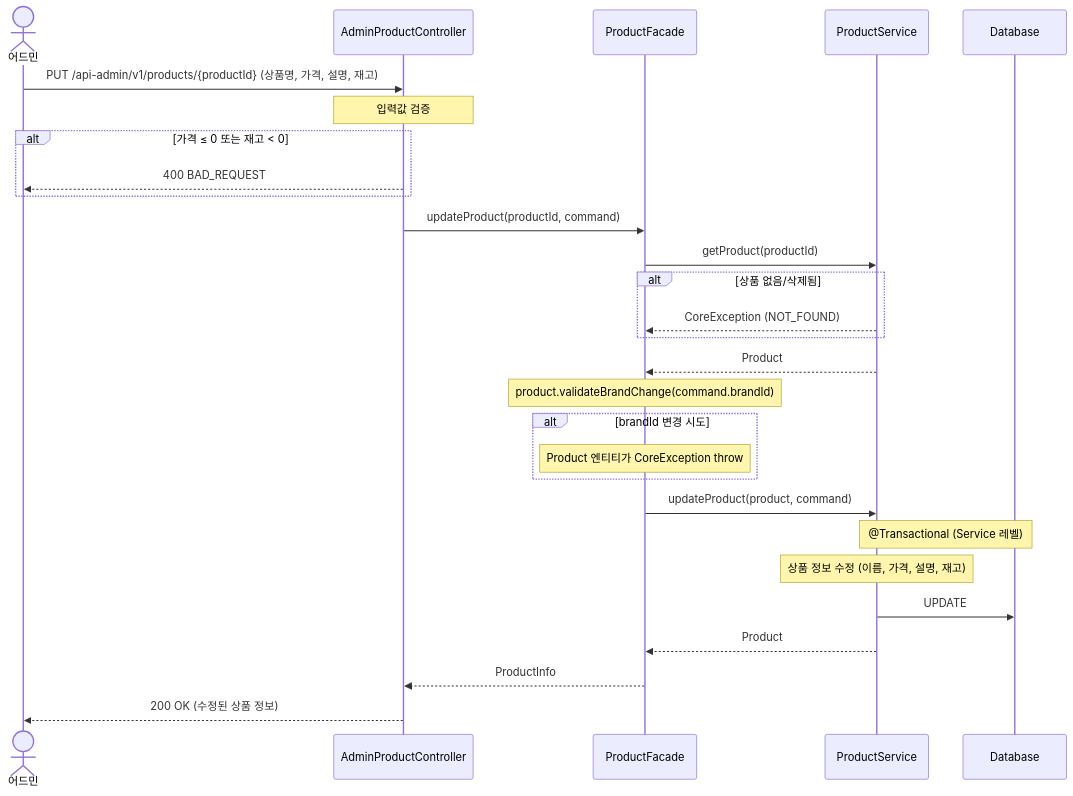
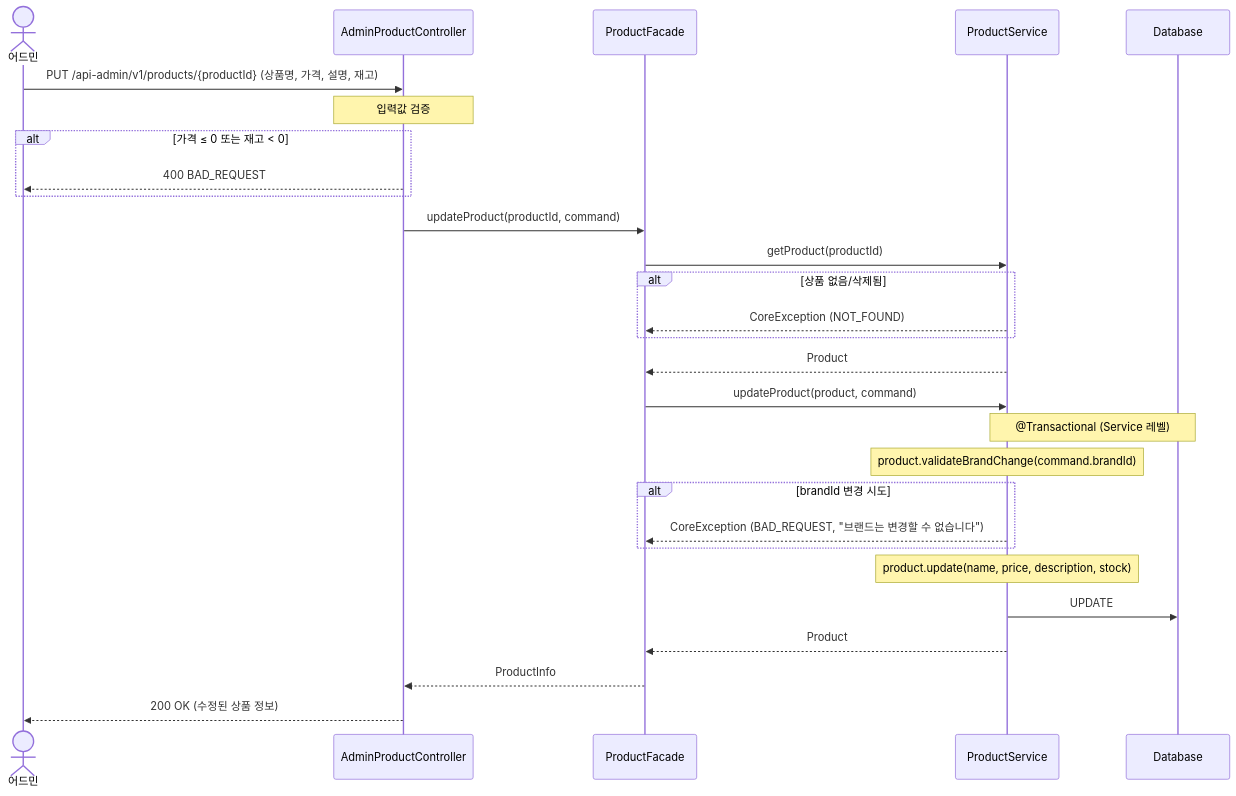
One commit to Loopers-dev-lab/loop-pack-be-l2-vol3-kotlin changed the sixth of 8 diagrams in docs/design/02-sequence-diagrams.md. Above: the diagram before and after it, drawn with Mermaid. The commit also changed other lines of this file, not shown here.

First line of the commit message:
docs: 시퀀스 다이어그램에 도메인 객체 행위 명시

````diff
--- a/docs/design/02-sequence-diagrams.md
+++ b/docs/design/02-sequence-diagrams.md
@@ -261,37 +262,36 @@
 ```mermaid
 sequenceDiagram
     actor A as 어드민
     participant Ctrl as AdminProductController
     participant F as ProductFacade
     participant PS as ProductService
     participant DB as Database
 
     A->>Ctrl: PUT /api-admin/v1/products/{productId} (상품명, 가격, 설명, 재고)
 
     Note over Ctrl: 입력값 검증
     alt 가격 ≤ 0 또는 재고 < 0
         Ctrl-->>A: 400 BAD_REQUEST
     end
 
     Ctrl->>F: updateProduct(productId, command)
 
     F->>PS: getProduct(productId)
     alt 상품 없음/삭제됨
         PS-->>F: CoreException (NOT_FOUND)
     end
     PS-->>F: Product
 
-    Note over F: product.validateBrandChange(command.brandId)
-    alt brandId 변경 시도
-        Note over F: Product 엔티티가 CoreException throw
-    end
-
     F->>PS: updateProduct(product, command)
     Note over PS,DB: @Transactional (Service 레벨)
-    Note over PS: 상품 정보 수정 (이름, 가격, 설명, 재고)
+    Note over PS: product.validateBrandChange(command.brandId)
+    alt brandId 변경 시도
+        PS-->>F: CoreException (BAD_REQUEST, "브랜드는 변경할 수 없습니다")
+    end
+    Note over PS: product.update(name, price, description, stock)
     PS->>DB: UPDATE
 
     PS-->>F: Product
     F-->>Ctrl: ProductInfo
     Ctrl-->>A: 200 OK (수정된 상품 정보)
 ```
````
